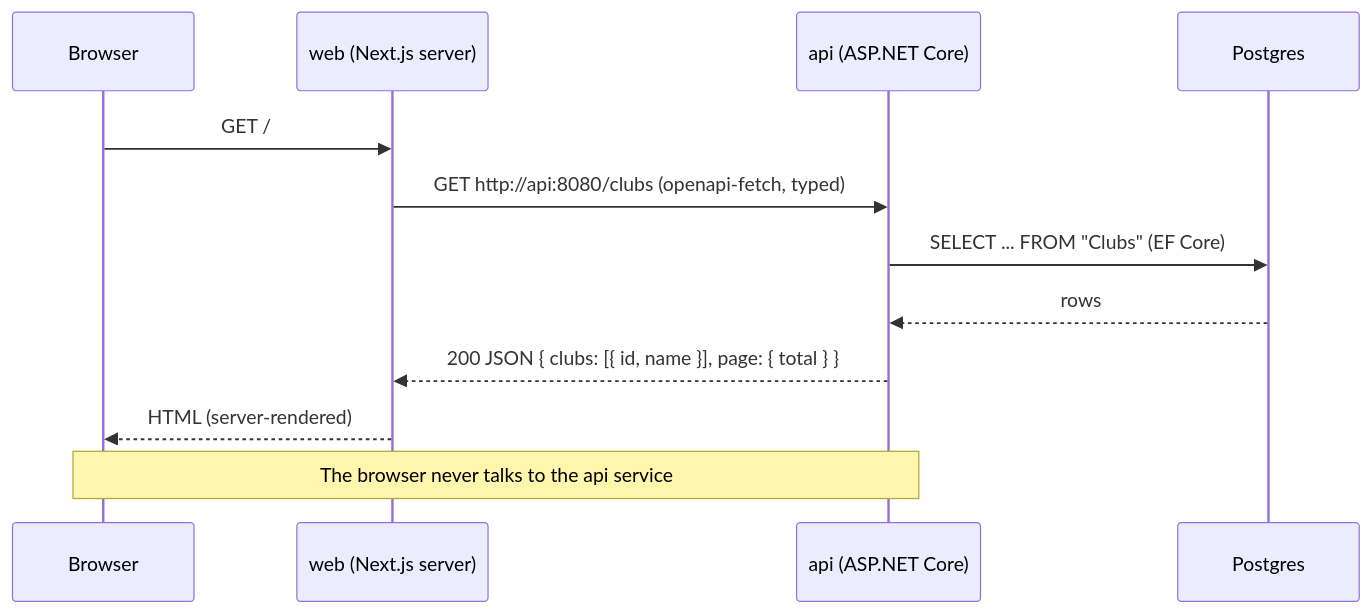
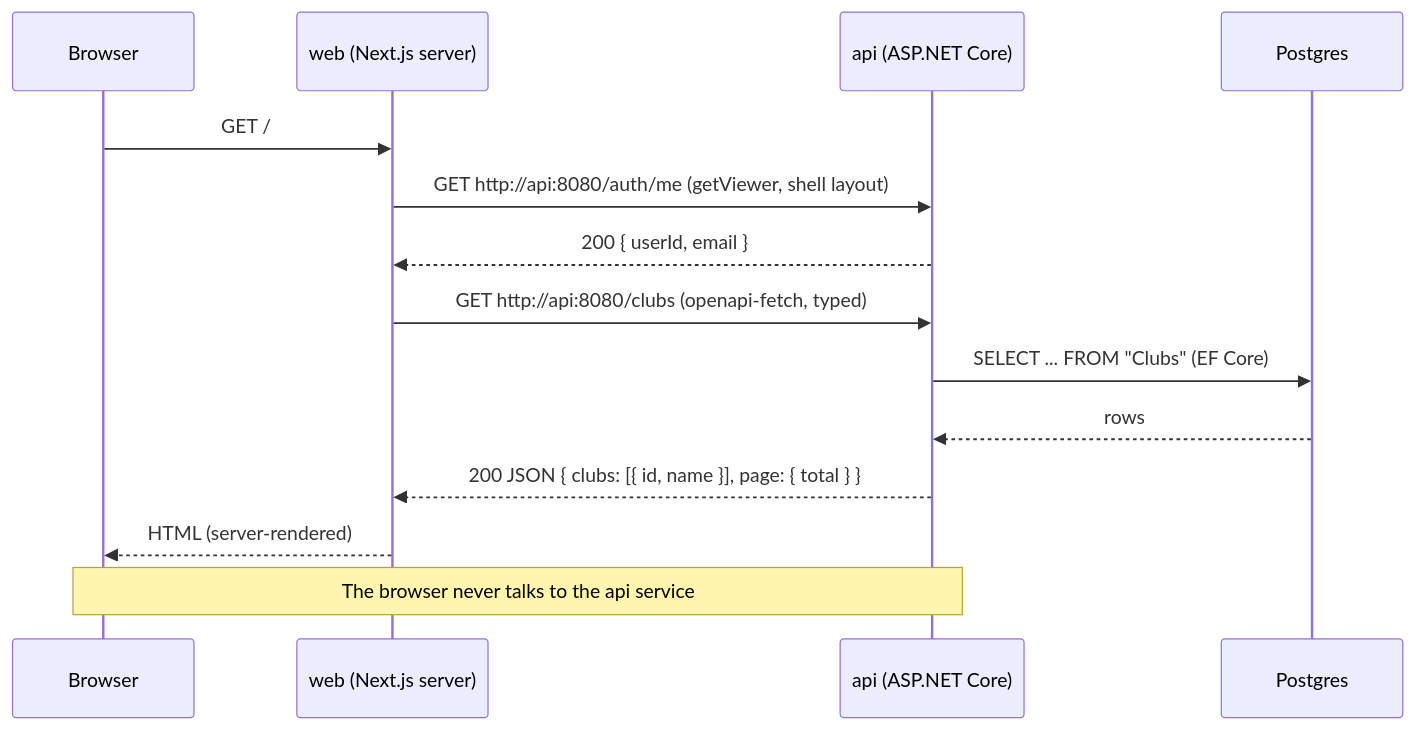
The second of 9 diagrams in docs/architecture.md (l1em1on1/social-tennis), drawn with Mermaid before and after one commit. The commit also changed other lines of this file and 63 other files, not shown here.

First line of the commit message:
UI foundation: tokens, app shell, Player switcher, API mocks, Playwri… (#44)

````diff
--- a/docs/architecture.md
+++ b/docs/architecture.md
@@ -30,15 +30,17 @@
 ```mermaid
 sequenceDiagram
     participant B as Browser
     participant W as web (Next.js server)
     participant A as api (ASP.NET Core)
     participant P as Postgres
 
     B->>W: GET /
+    W->>A: GET http://api:8080/auth/me (getViewer, shell layout)
+    A-->>W: 200 { userId, email }
     W->>A: GET http://api:8080/clubs (openapi-fetch, typed)
     A->>P: SELECT ... FROM "Clubs" (EF Core)
     P-->>A: rows
     A-->>W: 200 JSON { clubs: [{ id, name }], page: { total } }
     W-->>B: HTML (server-rendered)
     Note over B,A: The browser never talks to the api service
 ```
````
